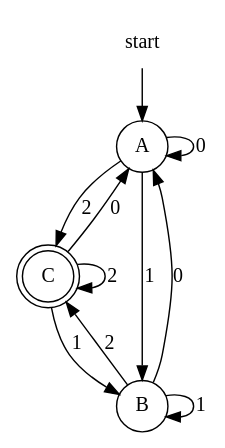
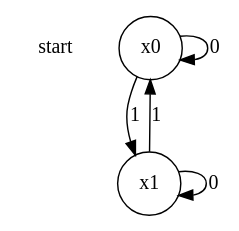
The diagram in stijn/automaton2.gv (evertheylen/TA_TO), drawn with Graphviz before and after one commit. The commit also changed 16 other files, not shown here.

```diff
--- a/stijn/automaton2.gv
+++ b/stijn/automaton2.gv
@@ -1,15 +1,9 @@
 digraph automaton2 {
 	node [shape=none]; start;
-	node [shape=doublecircle]; C;
+	node [shape=doublecircle];
 	node [shape=circle];
-	start -> A;
-	A -> A [label=0];
-	A -> B [label=1];
-	A -> C [label=2];
-	B -> A [label=0];
-	B -> B [label=1];
-	B -> C [label=2];
-	C -> A [label=0];
-	C -> B [label=1];
-	C -> C [label=2];
+	x0 -> x0 [label=0];
+	x0 -> x1 [label=1];
+	x1 -> x0 [label=1];
+	x1 -> x1 [label=0];
 }
```
